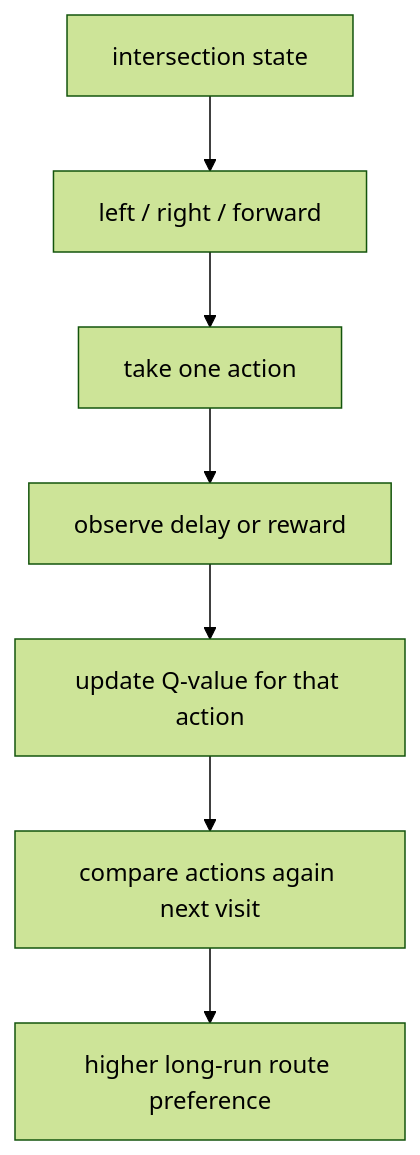
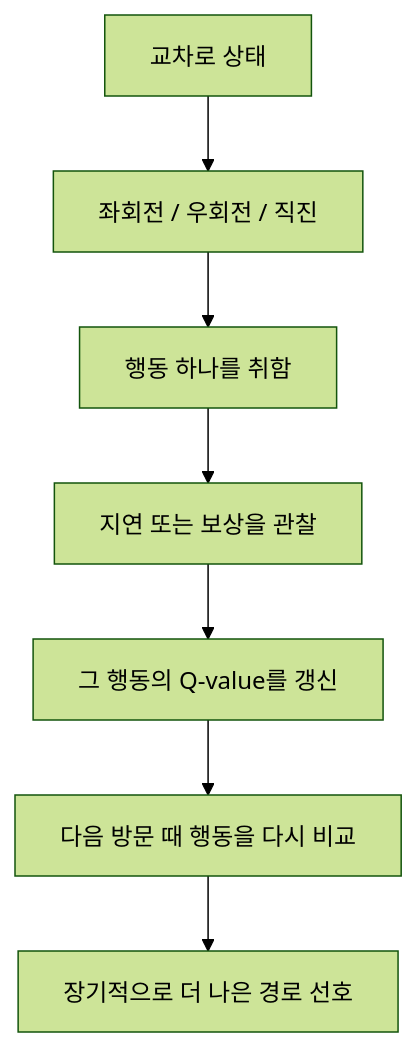
The diagram in docs/assets/part-04/chapter-19/p4-19-1-mermaid-03-ko.mmd (devchan64/AiBook), drawn with Mermaid (forest theme) before and after one commit. The commit also changed 279 other files, not shown here.

Commit message:
Localize Part 4 Korean and Chinese diagrams

```diff
--- a/docs/assets/part-04/chapter-19/p4-19-1-mermaid-03-ko.mmd
+++ b/docs/assets/part-04/chapter-19/p4-19-1-mermaid-03-ko.mmd
@@ -1,10 +1,10 @@
 flowchart TD
-  A["intersection state"]
-  B["left / right / forward"]
-  C["take one action"]
-  D["observe delay or reward"]
-  E["update Q-value for that action"]
-  F["compare actions again next visit"]
-  G["higher long-run route preference"]
+  A["교차로 상태"]
+  B["좌회전 / 우회전 / 직진"]
+  C["행동 하나를 취함"]
+  D["지연 또는 보상을 관찰"]
+  E["그 행동의 Q-value를 갱신"]
+  F["다음 방문 때 행동을 다시 비교"]
+  G["장기적으로 더 나은 경로 선호"]
 
   A --> B --> C --> D --> E --> F --> G
```
